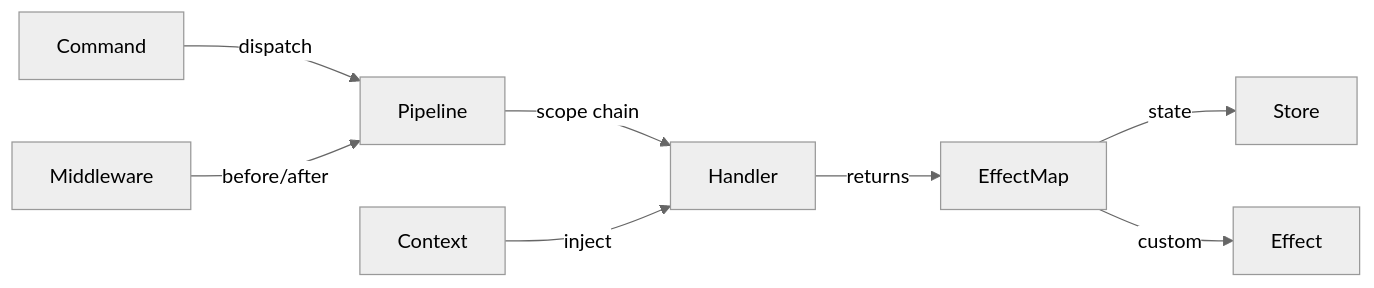
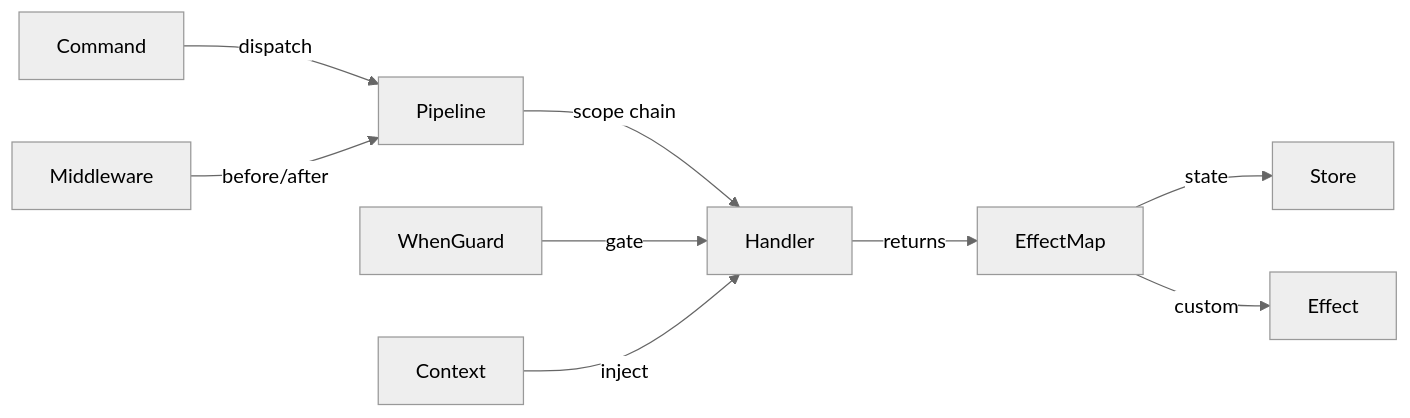
Before and after one commit to developer-1px/interactive-os: the diagram in docs/official/kernel/02-core-concepts.md, drawn with Mermaid (neutral theme). The commit also changed other lines of this file and 10 other files, not shown here.

````diff
--- a/docs/official/kernel/02-core-concepts.md
+++ b/docs/official/kernel/02-core-concepts.md
@@ -11,10 +11,11 @@
 ```mermaid
 graph LR
     Command -->|dispatch| Pipeline
     Pipeline -->|scope chain| Handler
+    WhenGuard -->|gate| Handler
     Handler -->|returns| EffectMap
     EffectMap -->|state| Store
     EffectMap -->|custom| Effect
     Context -->|inject| Handler
     Middleware -->|before/after| Pipeline
 ```
````
